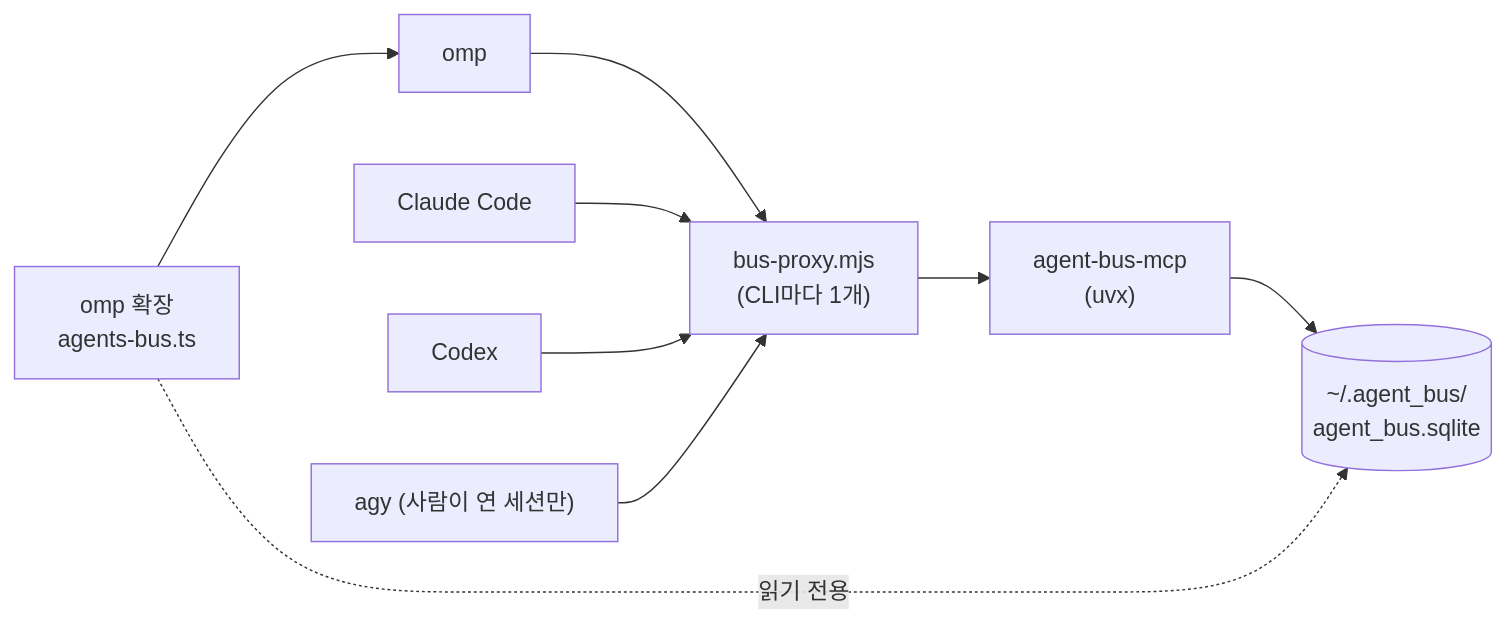
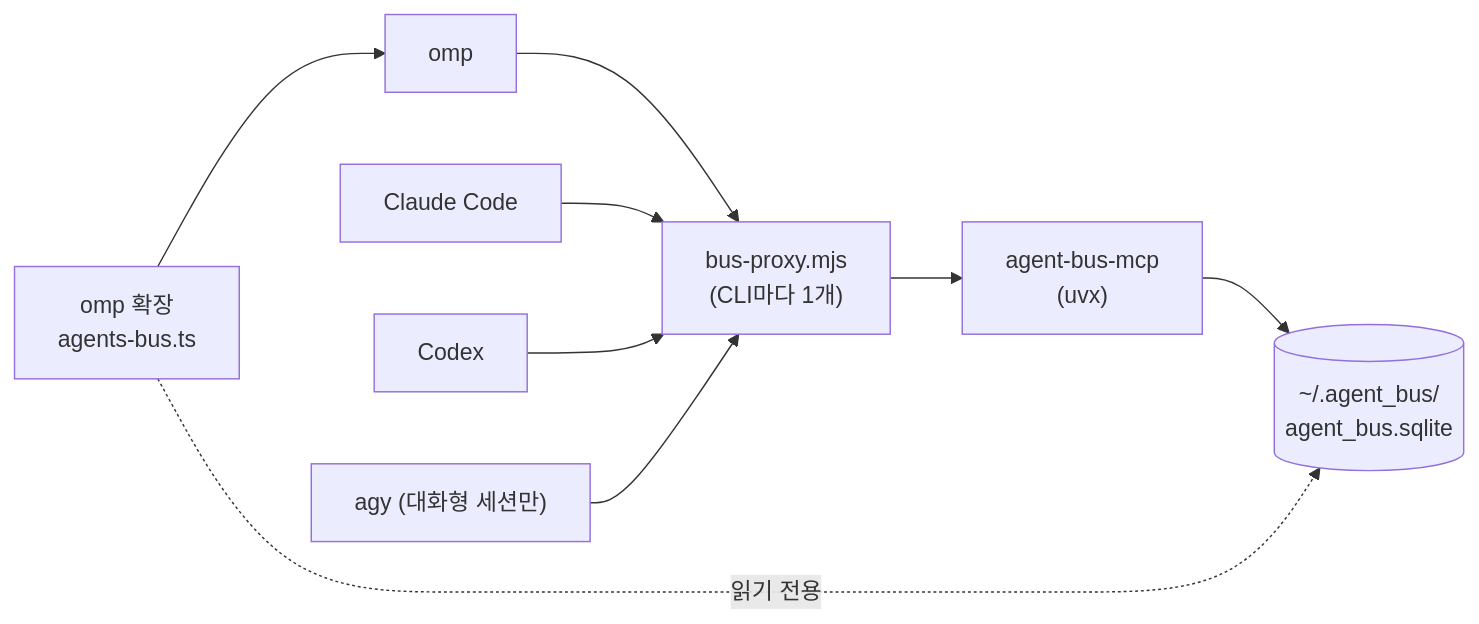
One commit to R00neyj/agents-bus changed the diagram in README.md. Above: the diagram before and after it, drawn with Mermaid. The commit also changed other lines of this file, not shown here.

````diff
--- a/README.md
+++ b/README.md
@@ -13,11 +139,11 @@
 ```mermaid
 flowchart LR
   omp[omp] --> proxy
   claude[Claude Code] --> proxy
   codex[Codex] --> proxy
-  agy["agy (사람이 연 세션만)"] --> proxy
+  agy["agy (대화형 세션만)"] --> proxy
   proxy["bus-proxy.mjs<br/>(CLI마다 1개)"] --> engine["agent-bus-mcp<br/>(uvx)"]
   engine --> db[("~/.agent_bus/<br/>agent_bus.sqlite")]
   ext["omp 확장<br/>agents-bus.ts"] -. 읽기 전용 .-> db
   ext --> omp
 ```
````
